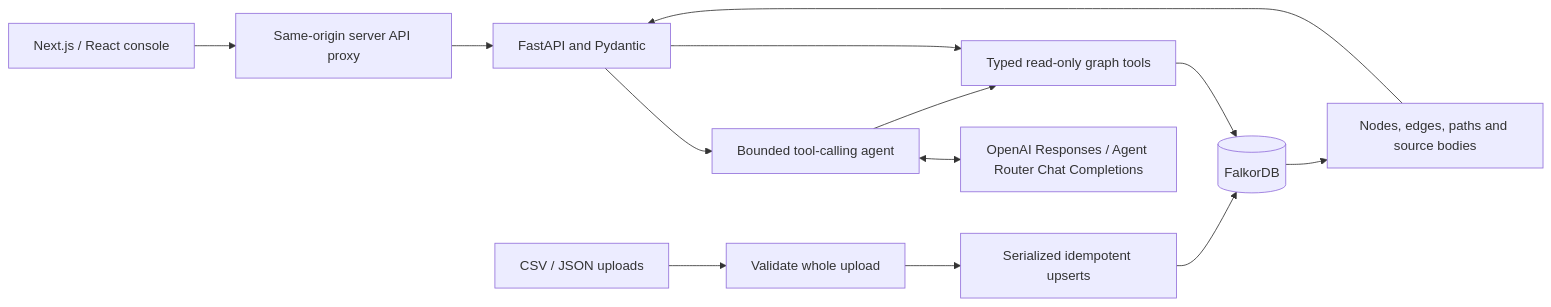
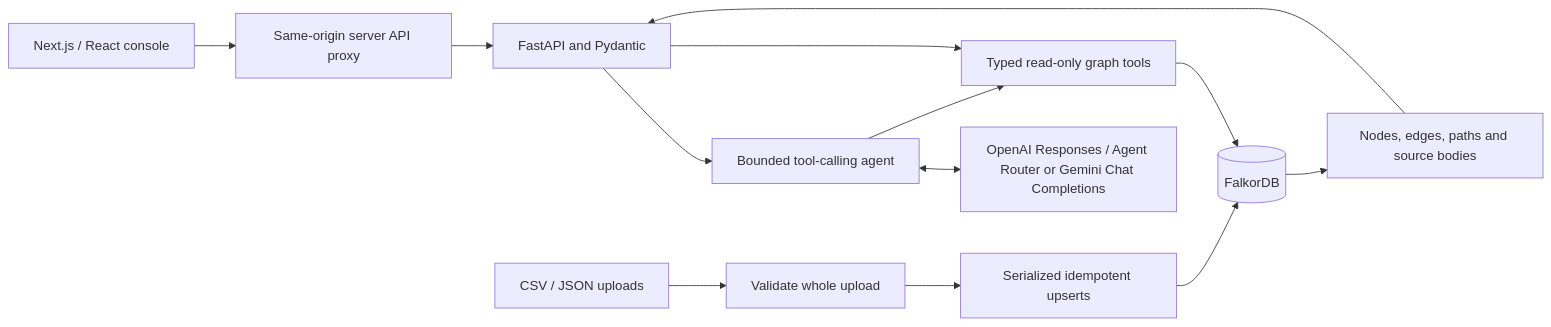
The diagram in docs/architecture.md (krshn0x/KnowGraph-AI-Standalone), drawn with Mermaid before and after one commit. The commit also changed other lines of this file and 15 other files, not shown here.

````diff
--- a/docs/architecture.md
+++ b/docs/architecture.md
@@ -3,15 +3,15 @@
 ```mermaid
 flowchart LR
     UI[Next.js / React console] --> Proxy[Same-origin server API proxy]
     Proxy --> API[FastAPI and Pydantic]
     API --> Agent[Bounded tool-calling agent]
-    Agent <--> LLM[OpenAI Responses / Agent Router Chat Completions]
+    Agent <--> LLM[OpenAI Responses / Agent Router or Gemini Chat Completions]
     Agent --> Tools[Typed read-only graph tools]
     API --> Tools
     Tools --> DB[(FalkorDB)]
     Upload[CSV / JSON uploads] --> Validate[Validate whole upload]
     Validate --> Lock[Serialized idempotent upserts]
     Lock --> DB
     DB --> Evidence[Nodes, edges, paths and source bodies]
     Evidence --> API
 ```
````
